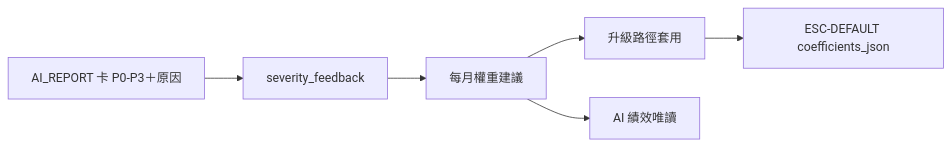
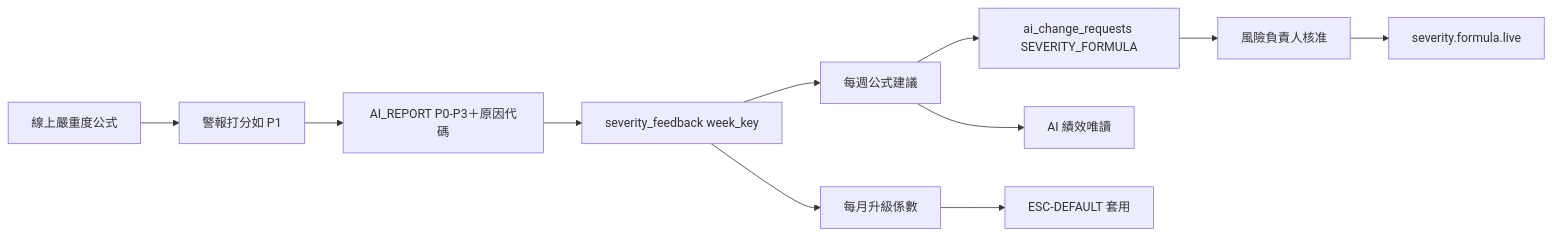
Before and after one commit to hxyan2020/PRD: the tenth of 10 diagrams in platform/docs/PRD.zh-Hant.md, drawn with Mermaid. The commit also changed other lines of this file and 20 other files, not shown here.

First line of the commit message:
Add severity formula optimisation loop with RO approval.

````diff
--- a/platform/docs/PRD.zh-Hant.md
+++ b/platform/docs/PRD.zh-Hant.md
@@ -360,8 +362,13 @@
 ```mermaid
 flowchart LR
-  Card[AI_REPORT 卡 P0-P3＋原因] --> FB[severity_feedback]
-  FB --> Pack[每月權重建議]
-  Pack --> Esc[升級路徑套用]
-  Esc --> Coeff[ESC-DEFAULT coefficients_json]
-  Pack --> Perf[AI 績效唯讀]
+  Formula[線上嚴重度公式] --> Alert[警報打分如 P1]
+  Alert --> Card[AI_REPORT P0-P3＋原因代碼]
+  Card --> FB[severity_feedback week_key]
+  FB --> Week[每週公式建議]
+  Week --> CR[ai_change_requests SEVERITY_FORMULA]
+  CR --> RO[風險負責人核准]
+  RO --> Live[severity.formula.live]
+  FB --> Pack[每月升級係數]
+  Pack --> Esc[ESC-DEFAULT 套用]
+  Week --> Perf[AI 績效唯讀]
 ```
````
